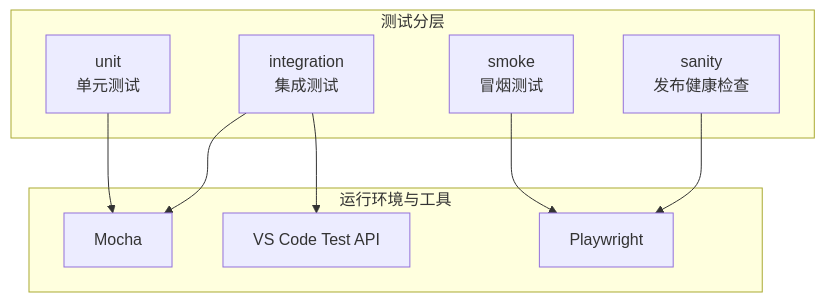
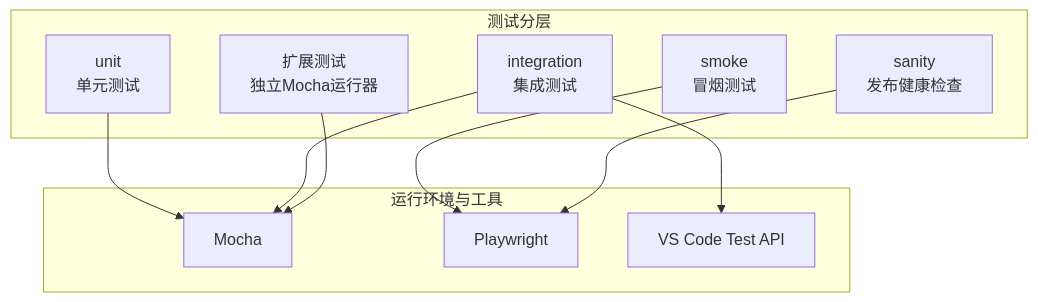
Before and after one commit to sofate798/KodrixCode: the first of 9 diagrams in .qoder/repowiki/zh/content/测试策略/测试策略.md, drawn with Mermaid. The commit also changed other lines of this file and 84 other files, not shown here.

````diff
--- a/.qoder/repowiki/zh/content/测试策略/测试策略.md
+++ b/.qoder/repowiki/zh/content/测试策略/测试策略.md
@@ -41,19 +55,21 @@
 ```mermaid
 graph TB
 subgraph "测试分层"
 U["unit<br/>单元测试"]
 I["integration<br/>集成测试"]
 S["smoke<br/>冒烟测试"]
 SA["sanity<br/>发布健康检查"]
+E["扩展测试<br/>独立Mocha运行器"]
 end
 subgraph "运行环境与工具"
 M["Mocha"]
 P["Playwright"]
 VSC["VS Code Test API"]
 end
 U --> M
 I --> VSC
 I --> M
 S --> P
 SA --> P
+E --> M
 ```
````
